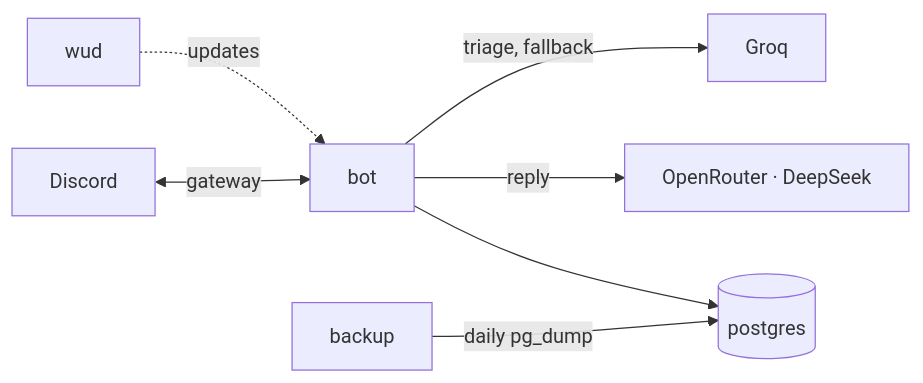
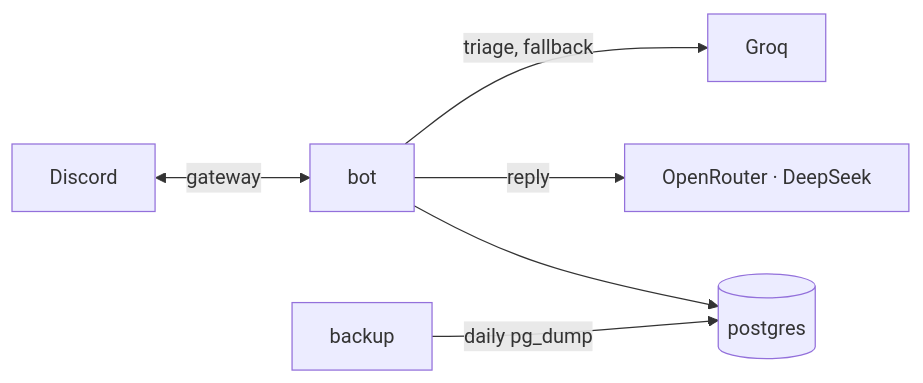
Before and after one commit to LeoBdt/ARCHIVE-9: the first of 2 diagrams in docs/ARCHITECTURE.md, drawn with Mermaid. The commit also changed other lines of this file and 2 other files, not shown here.

Commit message:
chore(compose): drop WUD, updates are pulled by the host

````diff
--- a/docs/ARCHITECTURE.md
+++ b/docs/ARCHITECTURE.md
@@ -5,9 +5,8 @@
 ```mermaid
 flowchart LR
   D[Discord] <-->|gateway| BOT[bot]
   BOT --> PG[(postgres)]
   BOT -->|reply| OR[OpenRouter · DeepSeek]
   BOT -->|triage, fallback| G[Groq]
   BK[backup] -->|daily pg_dump| PG
-  WUD[wud] -.updates.-> BOT
 ```
````
